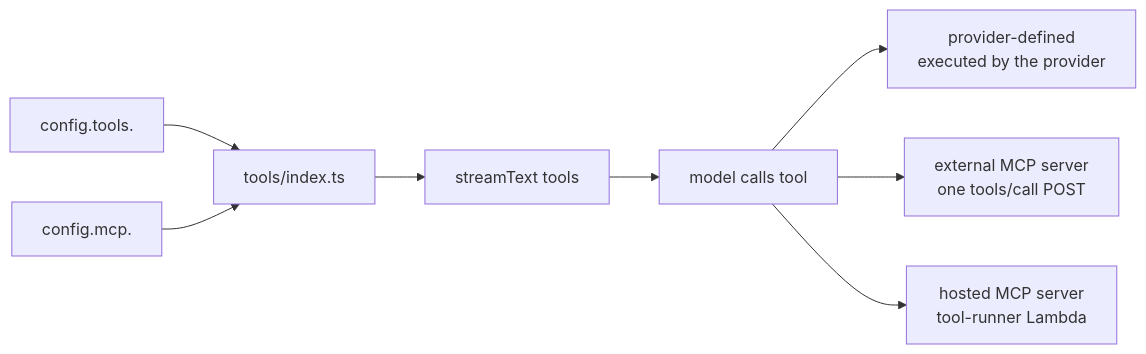
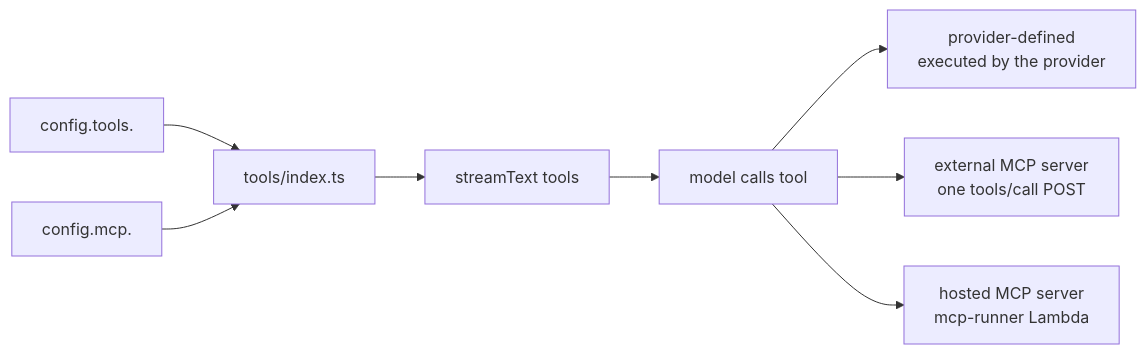
Before and after one commit to beeblastco/broods: the diagram in apps/docs/docs/tools.md, drawn with Mermaid. The commit also changed other lines of this file and 11 other files, not shown here.

First line of the commit message:
feat(core,lambda): run hosted MCP bundles in per-tenant Lambda environments

````diff
--- a/apps/docs/docs/tools.md
+++ b/apps/docs/docs/tools.md
@@ -11,10 +11,10 @@
 ```mermaid
 flowchart LR
   Config["config.tools.<providerTool>"] --> Registry["tools/index.ts"]
   Mcp["config.mcp.<serverId>"] --> Registry
   Registry --> Model["streamText tools"]
   Model --> Call["model calls tool"]
   Call --> Provider["provider-defined<br/>executed by the provider"]
   Call --> External["external MCP server<br/>one tools/call POST"]
-  Call --> Hosted["hosted MCP server<br/>tool-runner Lambda"]
+  Call --> Hosted["hosted MCP server<br/>mcp-runner Lambda"]
 ```
````
